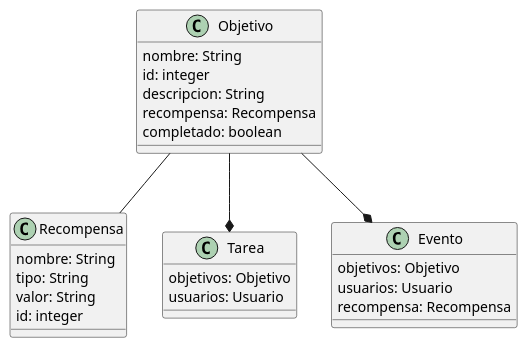
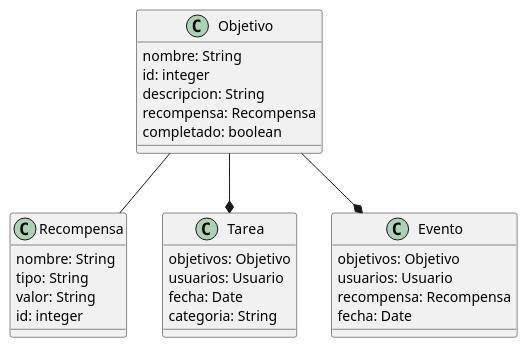
One commit to IngenieriaZ/CU-y-Clases changed the diagram in Class.md. Above: the diagram before and after it, drawn with PlantUML. The commit also changed other lines of this file and 4 other files, not shown here.

Commit message:
diagrama de clases v3

```diff
--- a/Class.md
+++ b/Class.md
@@ -2,36 +2,39 @@
 @startuml
 
 class Objetivo{
   nombre: String
   id: integer
   descripcion: String
   recompensa: Recompensa
   completado: boolean
   }
   
 Objetivo -- Recompensa
 
 class Recompensa{
   nombre: String
   tipo: String
   valor: String
   id: integer
 
 
 }
 Objetivo --* Tarea
 class Tarea{
   objetivos: Objetivo
   usuarios: Usuario
+  fecha: Date
+  categoria: String
   
 }
 
 Objetivo --* Evento
 class Evento{
   objetivos: Objetivo
   usuarios: Usuario
   recompensa: Recompensa
+  fecha: Date
   
 }
 
 @enduml
```
